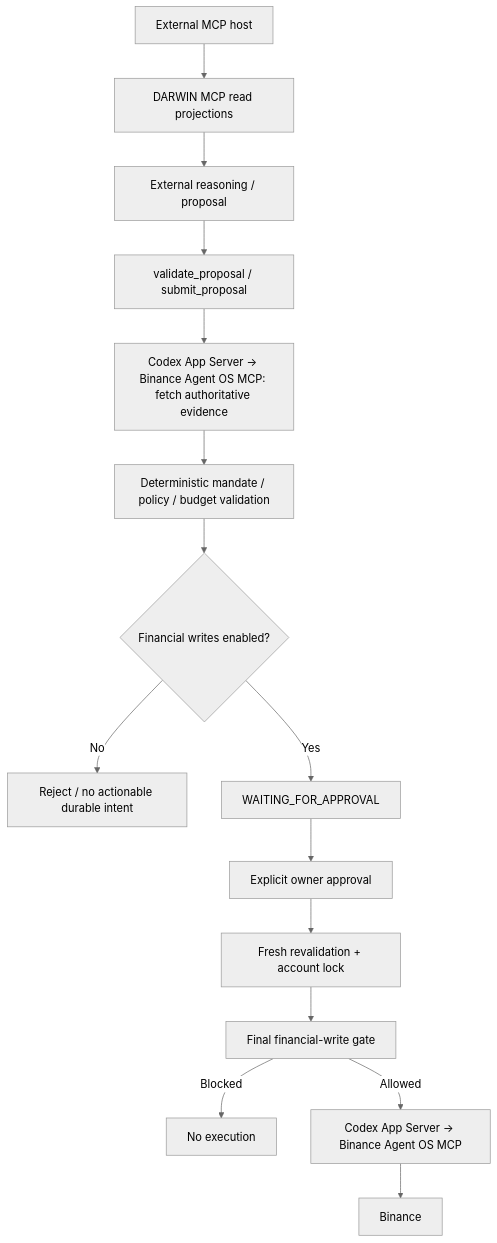
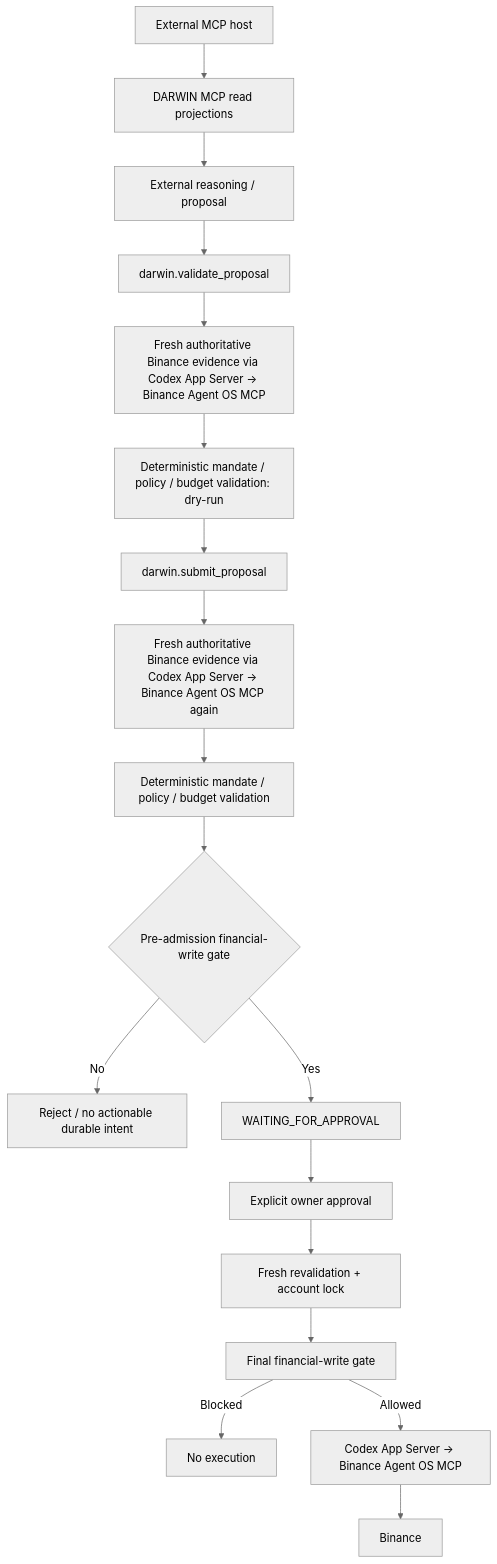
The second of 2 diagrams in docs/ARCHITECTURE.md (riyannode/DARWIN), drawn with Mermaid (neutral theme) before and after one commit. The commit also changed other lines of this file and 4 other files, not shown here.

````diff
--- a/docs/ARCHITECTURE.md
+++ b/docs/ARCHITECTURE.md
@@ -38,17 +38,20 @@
 ```mermaid
 flowchart TD
     H[External MCP host] --> I[DARWIN MCP read projections]
     I --> P[External reasoning / proposal]
-    P --> V[validate_proposal / submit_proposal]
-    V --> C[Codex App Server -> Binance Agent OS MCP: fetch authoritative evidence]
-    C --> D[Deterministic mandate / policy / budget validation]
-    D --> F{Financial writes enabled?}
+    P --> V[darwin.validate_proposal]
+    V --> C1[Fresh authoritative Binance evidence via Codex App Server -> Binance Agent OS MCP]
+    C1 --> D1[Deterministic mandate / policy / budget validation: dry-run]
+    D1 --> S[darwin.submit_proposal]
+    S --> C2[Fresh authoritative Binance evidence via Codex App Server -> Binance Agent OS MCP again]
+    C2 --> D2[Deterministic mandate / policy / budget validation]
+    D2 --> F{Pre-admission financial-write gate}
     F -->|No| N[Reject / no actionable durable intent]
     F -->|Yes| W[WAITING_FOR_APPROVAL]
     W --> O[Explicit owner approval]
     O --> Q[Fresh revalidation + account lock]
     Q --> Z[Final financial-write gate]
     Z -->|Blocked| K[No execution]
     Z -->|Allowed| X[Codex App Server -> Binance Agent OS MCP]
     X --> B[Binance]
 ```
````
